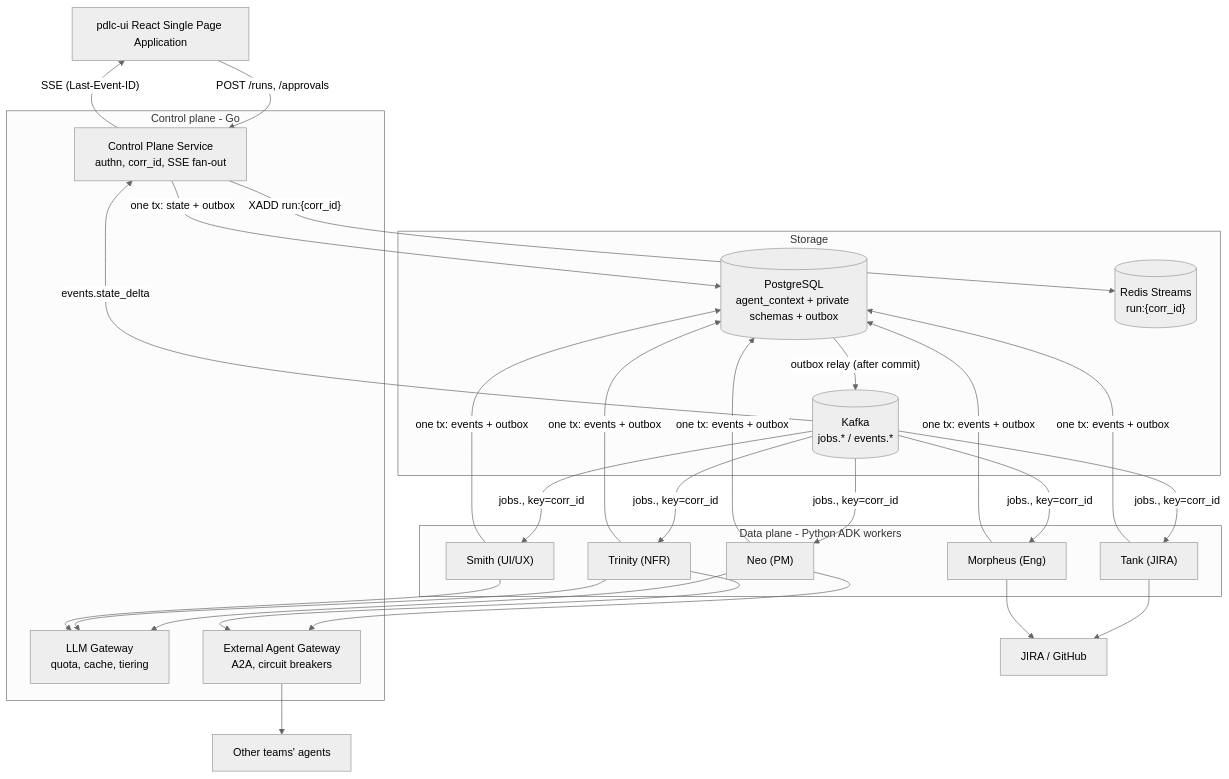
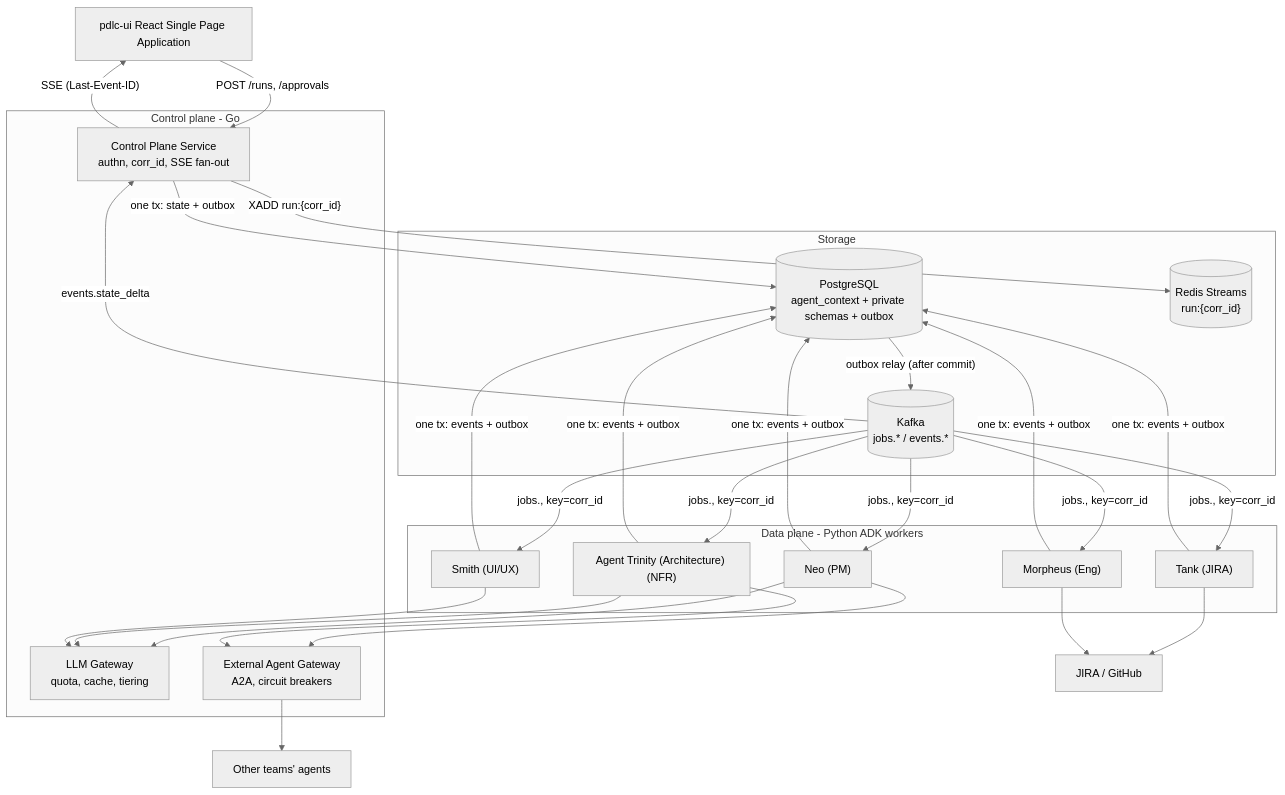
Before and after one commit to napandya/prod-dev-lfcycl: the first of 10 diagrams in ipdlc-architecture.md, drawn with Mermaid (neutral theme). The commit also changed other lines of this file and 8 other files, not shown here.

````diff
--- a/ipdlc-architecture.md
+++ b/ipdlc-architecture.md
@@ -22,35 +24,35 @@
 ```mermaid
 flowchart TB
   UI["pdlc-ui React Single Page Application"]
   subgraph CP["Control plane - Go"]
     GW["Control Plane Service<br/>authn, corr_id, SSE fan-out"]
     LG["LLM Gateway<br/>quota, cache, tiering"]
     XG["External Agent Gateway<br/>A2A, circuit breakers"]
   end
   subgraph DP["Data plane - Python ADK workers"]
     NEO["Neo (PM)"]
-    TRI["Trinity (NFR)"]
+    TRI["Agent Trinity (Architecture) (NFR)"]
     SMI["Smith (UI/UX)"]
     TNK["Tank (JIRA)"]
     MOR["Morpheus (Eng)"]
   end
   subgraph ST["Storage"]
     PG[("PostgreSQL<br/>agent_context + private schemas + outbox")]
     KF[("Kafka<br/>jobs.* / events.*")]
     RD[("Redis Streams<br/>run:{corr_id}")]
   end
   EXT["Other teams' agents"]
   SAAS["JIRA / GitHub"]
 
   UI -->|"POST /runs, /approvals"| GW
   GW -->|"SSE (Last-Event-ID)"| UI
   GW -->|"one tx: state + outbox"| PG
   PG -->|"outbox relay (after commit)"| KF
   KF -->|"jobs.<agent>, key=corr_id"| NEO & TRI & SMI & TNK & MOR
   NEO & TRI & SMI & TNK & MOR -->|"one tx: events + outbox"| PG
   KF -->|"events.state_delta"| GW
   GW -->|"XADD run:{corr_id}"| RD
   NEO & TRI & SMI --> LG
   NEO & TRI --> XG --> EXT
   TNK & MOR --> SAAS
 ```
````
